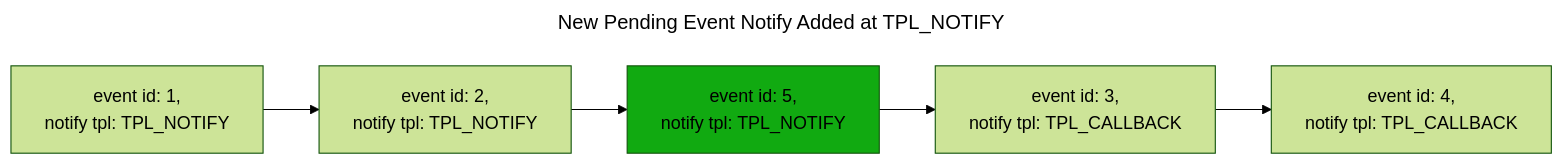
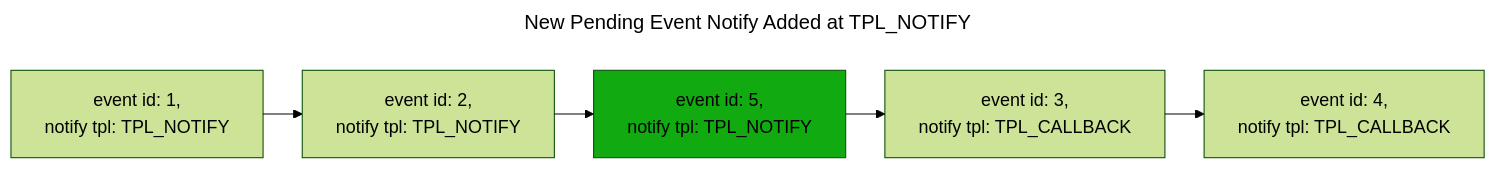
The third of 6 diagrams in docs/src/dxe_core/events.md (vineelko/patina), drawn with Mermaid (forest theme) before and after one commit. The commit also changed other lines of this file and 47 other files, not shown here.

````diff
--- a/docs/src/dxe_core/events.md
+++ b/docs/src/dxe_core/events.md
@@ -159,19 +161,21 @@
 ```mermaid
 ---
 title: New Pending Event Notify Added at TPL_NOTIFY
+config:
+  layout: elk
 ---
 flowchart LR
   event1["`event id: 1,
   notify tpl: TPL_NOTIFY`"]
   event2["`event id: 2,
   notify tpl: TPL_NOTIFY`"]
   event3["`event id: 3,
   notify tpl: TPL_CALLBACK`"]
   event4["`event id: 4,
   notify tpl: TPL_CALLBACK`"]
   event5["`event id: 5,
   notify tpl: TPL_NOTIFY`"]
   style event5 fill:#11aa11
 
   event1-->event2-->event5-->event3-->event4
 ```
````
